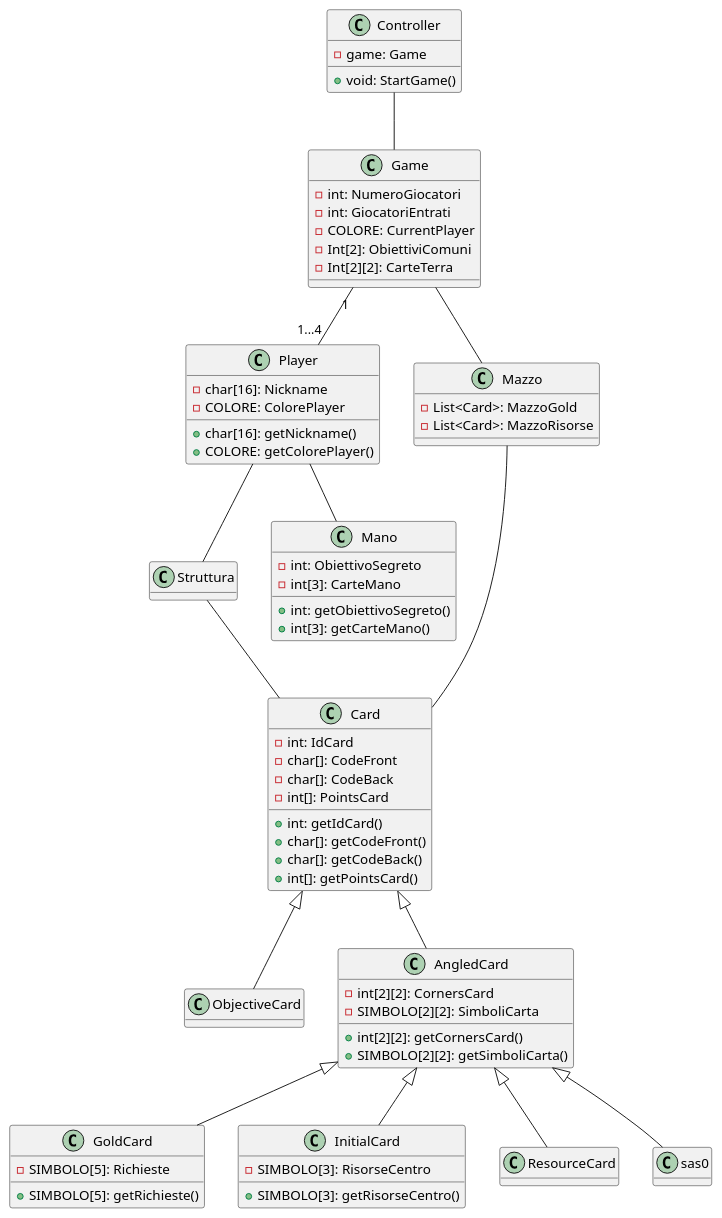
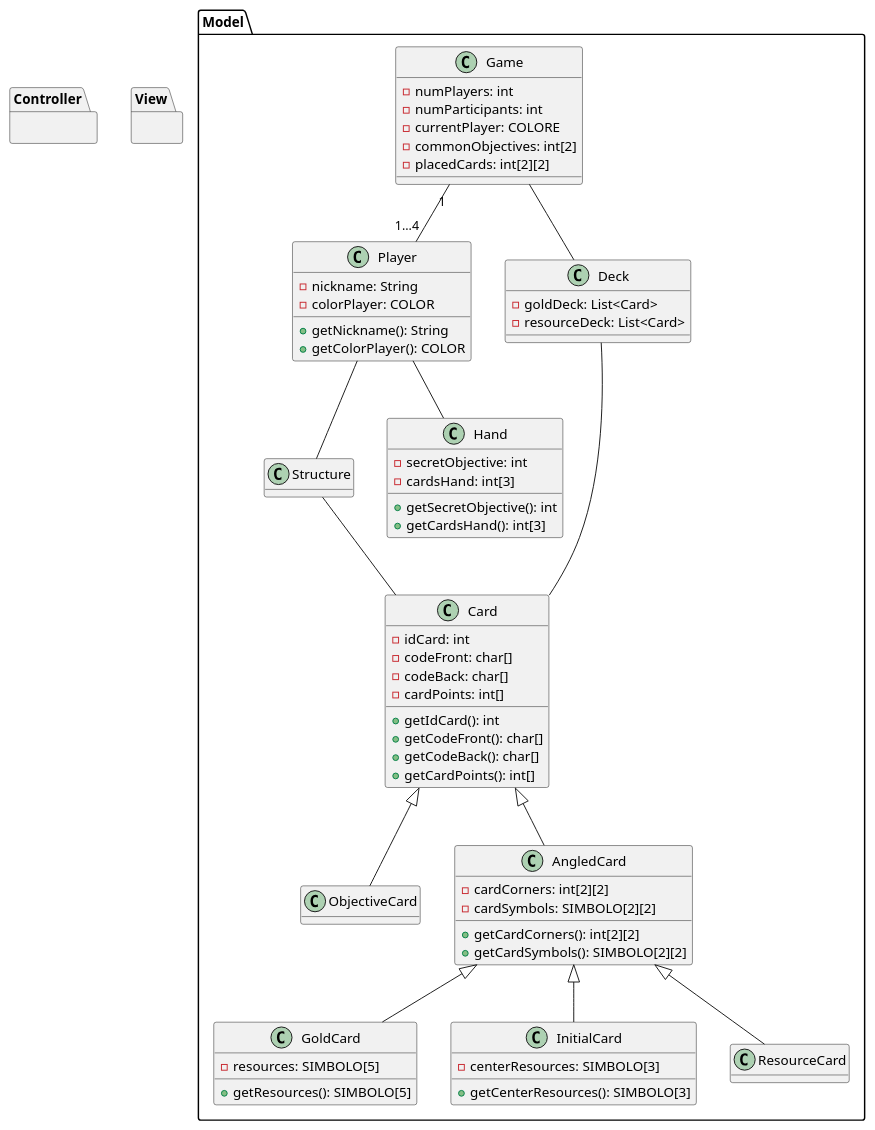
Before and after one commit to LucaPozzato/ing-sw-2024-pozzato-puccia-romano-saso: the diagram in UML/uml.pu, drawn with PlantUML. The commit also changed other lines of this file, not shown here.

Commit message:
flipper uml type & var + english var

```diff
--- a/UML/uml.pu
+++ b/UML/uml.pu
@@ -1,133 +1,106 @@
-@startuml
+@startuml uml
 
 hide empty fields
 
-'2DO: '
+'TODO: '
 '1. Enumerazione simboli e colori '
 '2. frecce di composizione per struttura - carte '
 '3. metodi Game '
 '4. tutto controller '
 '5. come inserire, cosa inserire per la view '
 '6. inserire network? '
-'edo frocio'
 
-class Controller {
+package Model {
+    class Game {
+        - numPlayers: int
+        - numParticipants: int
+        '- ?StadioGioco
+        - currentPlayer: COLORE
+        '?Board con dizionario colore punteggio
+        'check sull'istanza array
+        - commonObjectives: int[2]
+        - placedCards: int[2][2]
+    }
 
-    'attributi
-    - game: Game
+    class Player {
+        - nickname: String
+        - colorPlayer: COLOR
 
-    'metodi'
-    + void: StartGame()
+        + getNickname(): String
+        + getColorPlayer(): COLOR
+    }
 
 
+    class Card {
+        'colore lo codifichiam nell'id? o lo salviamo in una var?
+        - idCard: int
+        - codeFront: char[]
+        - codeBack: char[]
+        - cardPoints: int[]
+
+        + getIdCard(): int
+        + getCodeFront(): char[]
+        + getCodeBack(): char[]
+        + getCardPoints(): int[]
+    }
+
+    class ObjectiveCard extends Card {
+        'tipo dell'obiettivo con enum? o codificato?'
+        'non chiarissimo come caratterizzare l'obiettivo'
+    }
+
+    class AngledCard extends Card {
+        - cardCorners: int[2][2]
+        'decidere valore di default per corner non presente, corner presente non collegato, Id/puntatore carrta'
+        - cardSymbols: SIMBOLO[2][2]
+
+        + getCardCorners(): int[2][2]
+        + getCardSymbols(): SIMBOLO[2][2]
+    }
+
+    class GoldCard extends AngledCard {
+        - resources: SIMBOLO[5]
+        'tipo ^ da capire'
+        'caratterizzare tipo obiettivo'
+
+        + getResources(): SIMBOLO[5]
+    }
+
+    class InitialCard extends AngledCard {
+        - centerResources: SIMBOLO[3]
+        'tipo da capire'
+
+        + getCenterResources(): SIMBOLO[3]
+    }
+
+    class ResourceCard extends AngledCard {}
+
+    class Structure {}
+
+    class Deck {
+        'check sul tipo dinamico statico'
+        - goldDeck: List<Card>
+        - resourceDeck: List<Card>
+    }
+
+    class Hand {
+        - secretObjective: int
+        - cardsHand: int[3]
+
+        + getSecretObjective(): int
+        + getCardsHand(): int[3]
+    }
 }
 
-class Game {
-    - int: NumeroGiocatori
-    - int: GiocatoriEntrati
-    '- ?StadioGioco '
-    - COLORE: CurrentPlayer
-    '?Board con dizionario colore punteggio'
-    'check sull'istanza array
-    - Int[2]: ObiettiviComuni
-    - Int[2][2]: CarteTerra
-}
+Game "1" -- "1...4" Player
+Game -- Deck
+Deck -- Card
+Player -- Structure
+Player -- Hand
+Structure -- Card
 
-class Player {
-   - char[16]: Nickname
-   - COLORE: ColorePlayer
+package Controller {}
 
-   + char[16]: getNickname()
-   + COLORE: getColorePlayer()
-}
-
-
-class Card {
-    'colore lo codifichiam nell'id? o lo salviamo in una var?
-   - int: IdCard
-   - char[]: CodeFront
-   - char[]: CodeBack
-   - int[]: PointsCard
-
-   + int: getIdCard()
-   + char[]: getCodeFront()
-   + char[]: getCodeBack()
-   + int[]: getPointsCard()
-
-}
-
-class ObjectiveCard extends Card {
-
-    'tipo dell'obiettivo con enum? o codificato?'
-    'non chiarissimo come caratterizzare l'obiettivo'
-
-}
-
-class AngledCard extends Card {
-
-    - int[2][2]: CornersCard
-    'decidere valore di default per corner non presente, corner presente non collegato, Id/puntatore carrta'
-    - SIMBOLO[2][2]: SimboliCarta
-
-    + int[2][2]: getCornersCard()
-    + SIMBOLO[2][2]: getSimboliCarta()
-}
-
-
-class GoldCard extends AngledCard {
-
-    - SIMBOLO[5]: Richieste
-    'tipo ^ da capire'
-    'caratterizzare tipo obiettivo'
-
-    + SIMBOLO[5]: getRichieste()
-
-}
-
-
-class InitialCard extends AngledCard {
-
-    - SIMBOLO[3]: RisorseCentro
-    'tipo da capire'
-
-    + SIMBOLO[3]: getRisorseCentro()
-}
-
-class ResourceCard extends AngledCard {}
-class sas0 extends AngledCard {}
-
-class Struttura {
-
-}
-
-
-class Mazzo {
-
-    'check sul tipo dinamico statico'
-    - List<Card>: MazzoGold
-    - List<Card>: MazzoRisorse
-
-}
-
-class Mano {
-
-    - int: ObiettivoSegreto
-    - int[3]: CarteMano
-
-    + int: getObiettivoSegreto()
-    + int[3]: getCarteMano()
-}
-
-
-Controller  --  Game
-Game "1" -- "1...4" Player
-Game -- Mazzo
-Mazzo -- Card
-Player -- Struttura
-Player -- Mano
-Struttura -- Card
-
-
-
+package View {}
 
 @enduml
```
